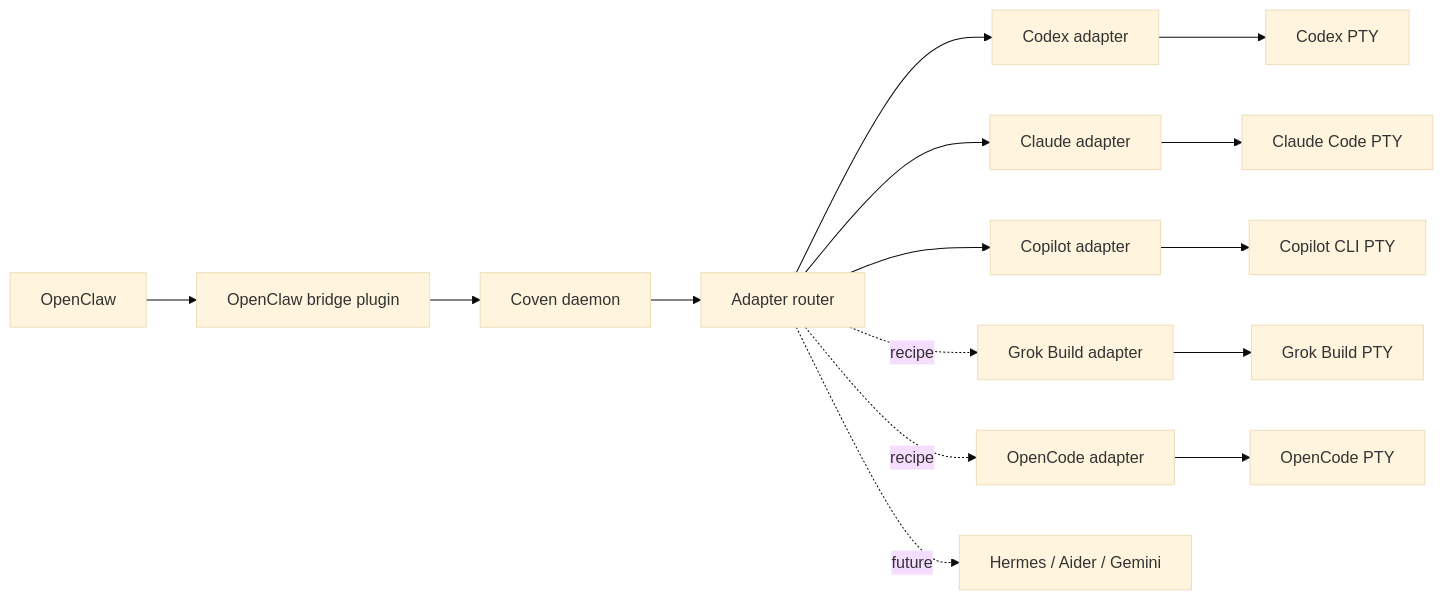
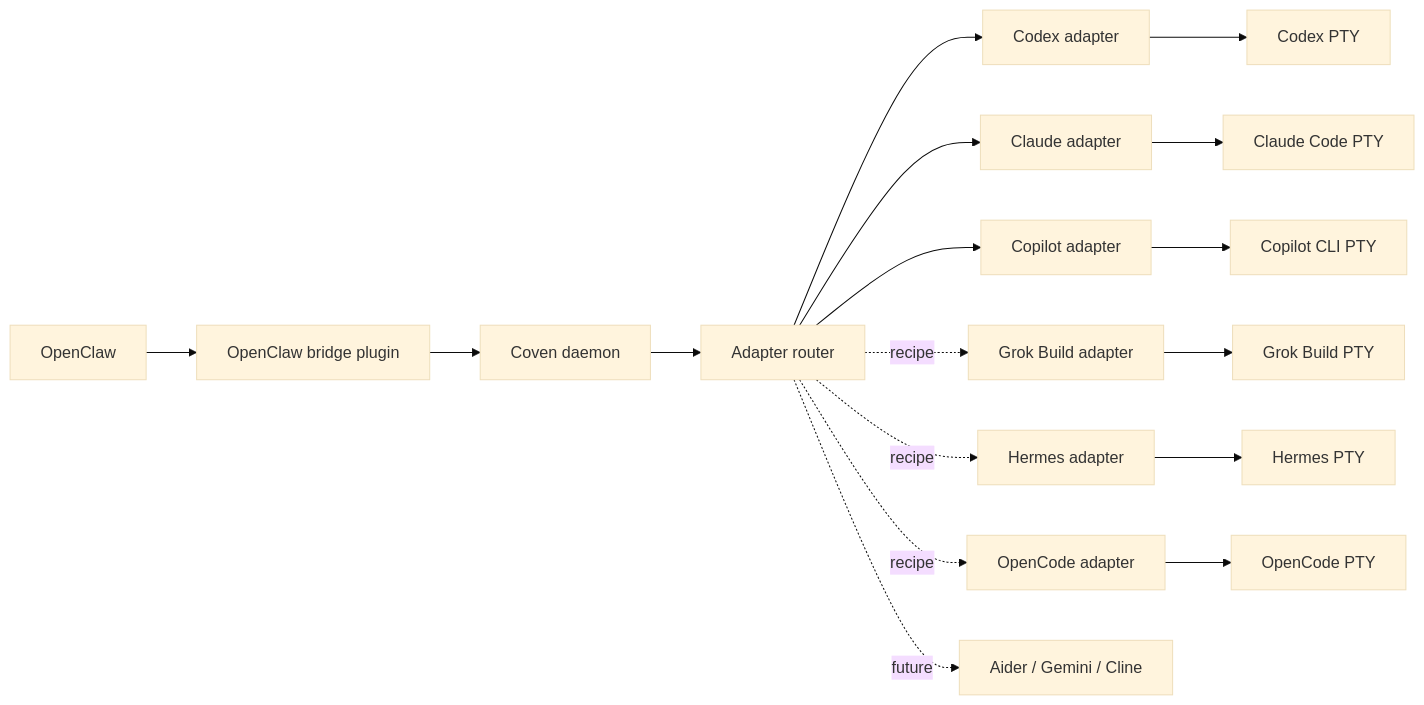
Before and after one commit to CompleteDotTech/coven: the diagram in docs/harnesses/index.md, drawn with Mermaid (base theme). The commit also changed other lines of this file and 19 other files, not shown here.

````diff
--- a/docs/harnesses/index.md
+++ b/docs/harnesses/index.md
@@ -39,17 +42,19 @@
 ```mermaid
 flowchart LR
   Coven[Coven daemon] --> Adapter[Adapter router]
   Adapter --> CodexAdapter[Codex adapter]
   Adapter --> ClaudeAdapter[Claude adapter]
   Adapter --> CopilotAdapter[Copilot adapter]
   Adapter -. recipe .-> GrokAdapter[Grok Build adapter]
+  Adapter -. recipe .-> HermesAdapter[Hermes adapter]
   Adapter -. recipe .-> OpenCodeAdapter[OpenCode adapter]
-  Adapter -. future .-> Future[Hermes / Aider / Gemini]
+  Adapter -. future .-> Future[Aider / Gemini / Cline]
   OpenClaw[OpenClaw] --> Bridge["OpenClaw bridge plugin"]
   Bridge --> Coven
   CodexAdapter --> CodexPty[Codex PTY]
   ClaudeAdapter --> ClaudePty[Claude Code PTY]
   CopilotAdapter --> CopilotPty[Copilot CLI PTY]
   GrokAdapter --> GrokPty[Grok Build PTY]
+  HermesAdapter --> HermesPty[Hermes PTY]
   OpenCodeAdapter --> OpenCodePty[OpenCode PTY]
 ```
````
